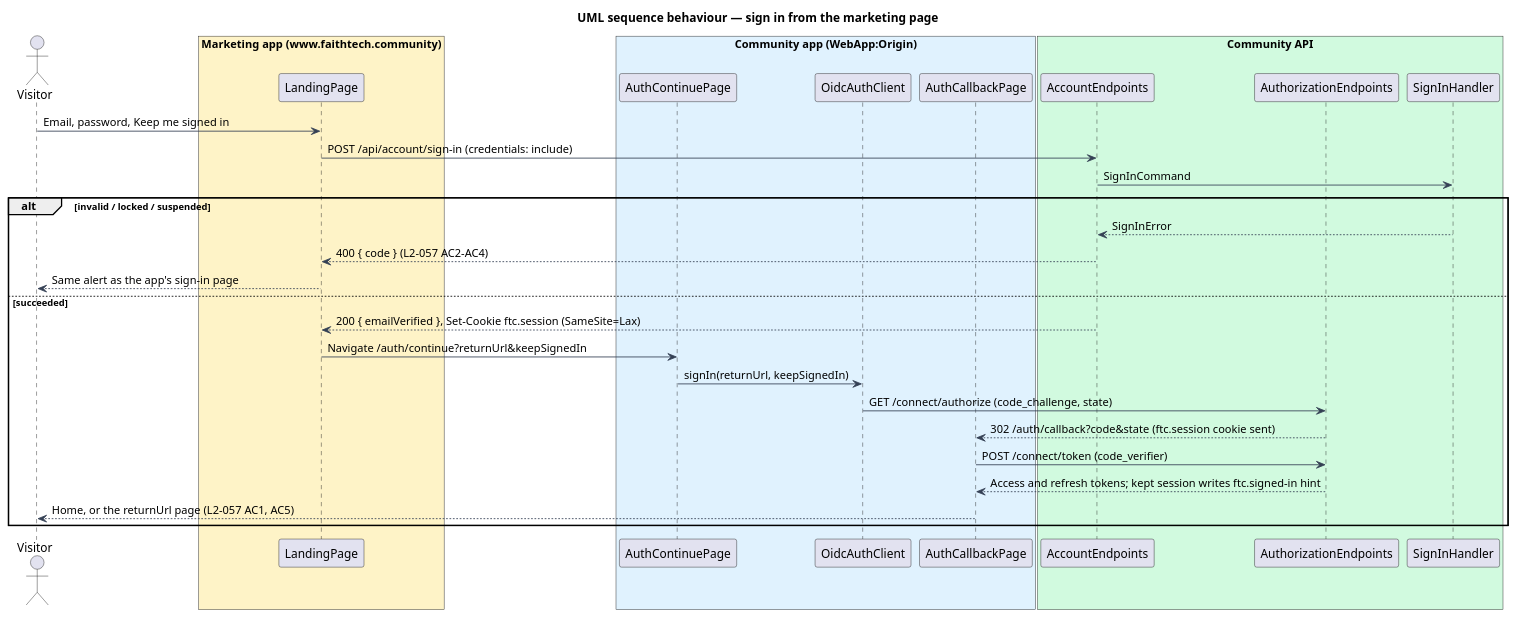
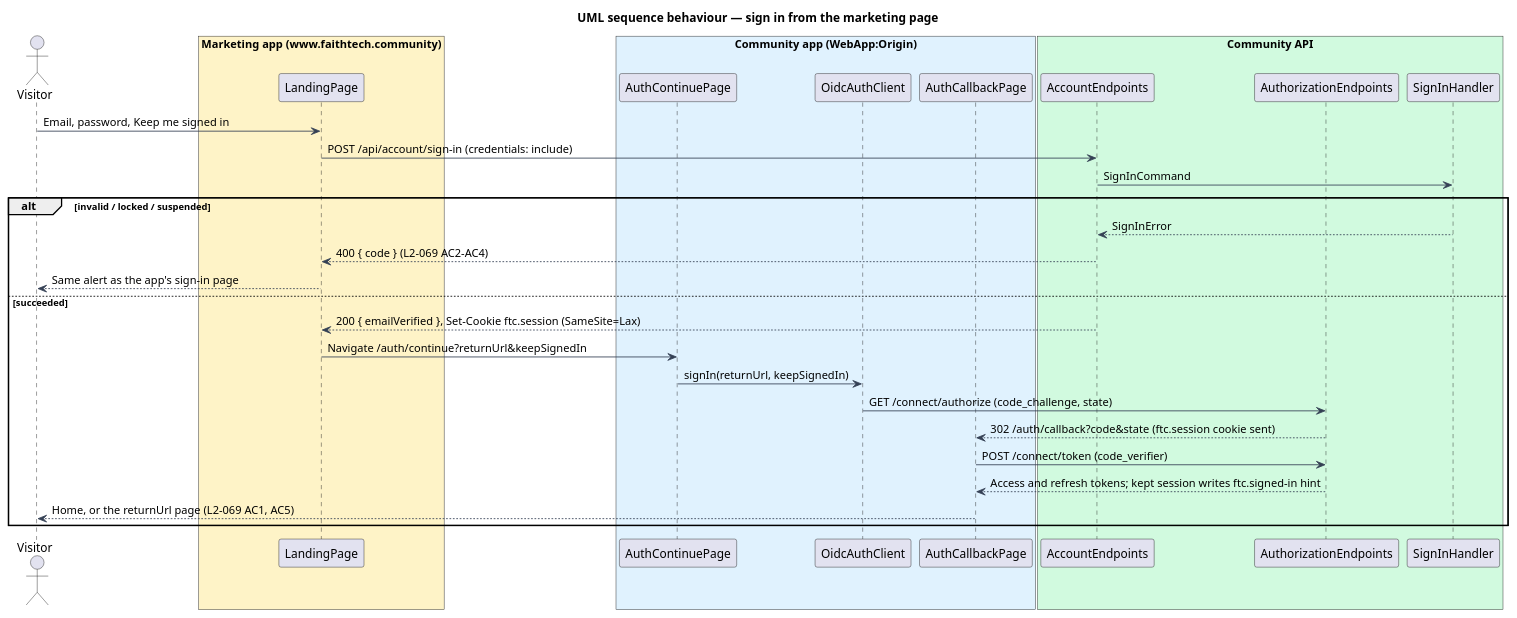
The diagram in docs/detailed-designs/marketing/landing-page/diagrams/sequence-sign-in.puml (QuinntyneBrown/faithtech-community), drawn with PlantUML before and after one commit. The commit also changed 54 other files, not shown here.

```diff
--- a/docs/detailed-designs/marketing/landing-page/diagrams/sequence-sign-in.puml
+++ b/docs/detailed-designs/marketing/landing-page/diagrams/sequence-sign-in.puml
@@ -1,38 +1,38 @@
 @startuml
 title UML sequence behaviour — sign in from the marketing page
 skinparam backgroundColor #FFFFFF
 skinparam shadowing false
 skinparam defaultFontName Arial
 skinparam ArrowColor #344054
 actor "Visitor" as actor
 box "Marketing app (www.faithtech.community)" #FEF3C7
   participant "LandingPage" as page
 end box
 box "Community app (WebApp:Origin)" #E0F2FE
   participant "AuthContinuePage" as cont
   participant "OidcAuthClient" as client
   participant "AuthCallbackPage" as cb
 end box
 box "Community API" #D1FADF
   participant "AccountEndpoints" as acc
   participant "AuthorizationEndpoints" as authz
   participant "SignInHandler" as h
 end box
 actor -> page : Email, password, Keep me signed in
 page -> acc : POST /api/account/sign-in (credentials: include)
 acc -> h : SignInCommand
 alt invalid / locked / suspended
   h --> acc : SignInError
-  acc --> page : 400 { code } (L2-057 AC2-AC4)
+  acc --> page : 400 { code } (L2-069 AC2-AC4)
   page --> actor : Same alert as the app's sign-in page
 else succeeded
   acc --> page : 200 { emailVerified }, Set-Cookie ftc.session (SameSite=Lax)
   page -> cont : Navigate /auth/continue?returnUrl&keepSignedIn
   cont -> client : signIn(returnUrl, keepSignedIn)
   client -> authz : GET /connect/authorize (code_challenge, state)
   authz --> cb : 302 /auth/callback?code&state (ftc.session cookie sent)
   cb -> authz : POST /connect/token (code_verifier)
   authz --> cb : Access and refresh tokens; kept session writes ftc.signed-in hint
-  cb --> actor : Home, or the returnUrl page (L2-057 AC1, AC5)
+  cb --> actor : Home, or the returnUrl page (L2-069 AC1, AC5)
 end
 @enduml
```
